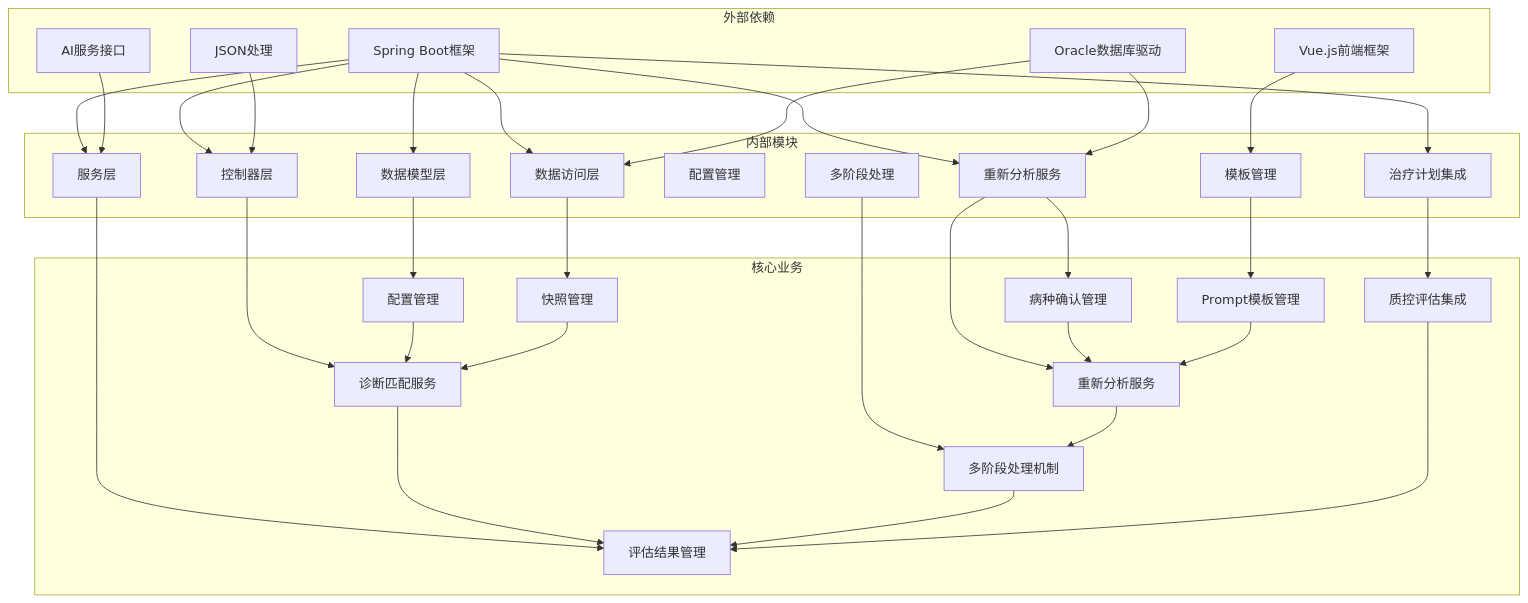
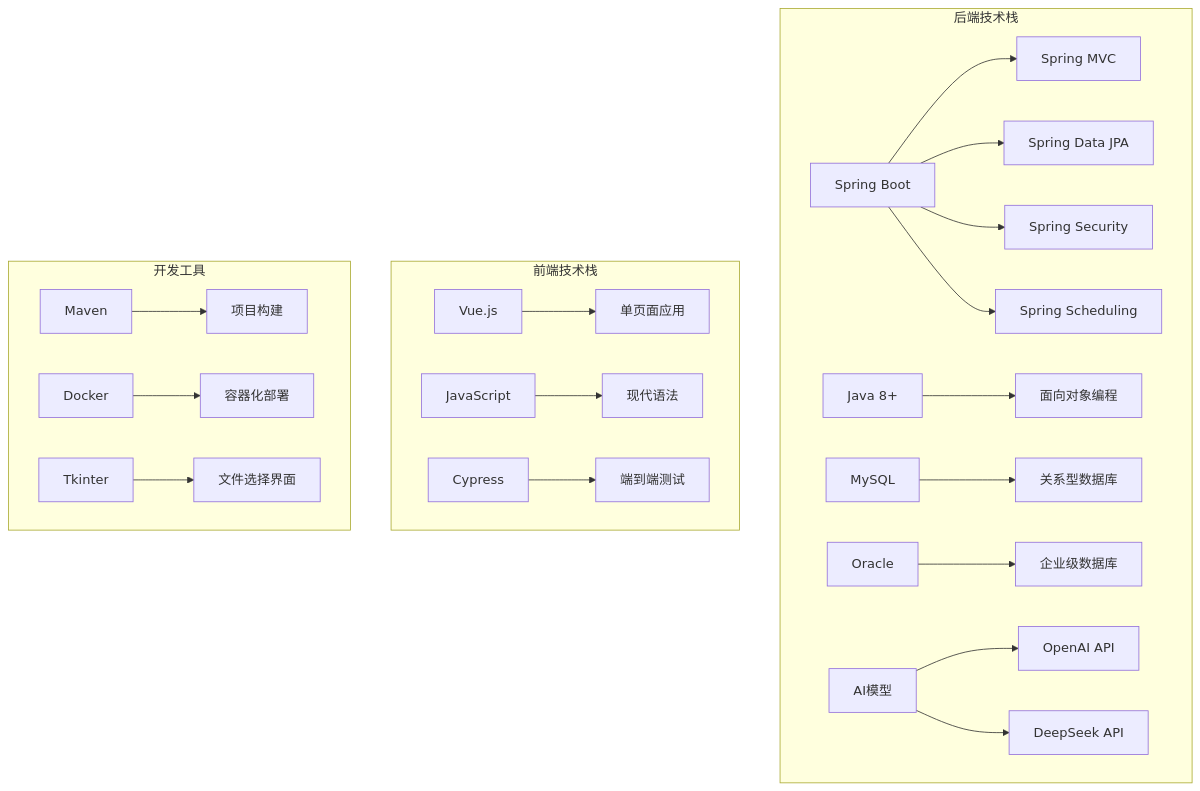
Before and after one commit to liuzh2008/med_ai_assistant_workspace: the sixth of 6 diagrams in .qoder/repowiki/zh/content/QC评估引擎.md, drawn with Mermaid. The commit also changed other lines of this file and 5 other files, not shown here.

````diff
--- a/.qoder/repowiki/zh/content/QC评估引擎.md
+++ b/.qoder/repowiki/zh/content/QC评估引擎.md
@@ -828,60 +319,24 @@
 ```mermaid
 graph TB
-subgraph "外部依赖"
-EXT1[Spring Boot框架]
-EXT2[Oracle数据库驱动]
-EXT3[AI服务接口]
-EXT4[JSON处理]
-EXT5[Vue.js前端框架]
+subgraph "后端技术栈"
+A[Spring Boot] --> B[Spring MVC]
+A --> C[Spring Data JPA]
+A --> D[Spring Security]
+A --> E[Spring Scheduling]
+F[Java 8+] --> G[面向对象编程]
+H[MySQL] --> I[关系型数据库]
+J[Oracle] --> K[企业级数据库]
+L[AI模型] --> M[OpenAI API]
+L --> N[DeepSeek API]
 end
-subgraph "内部模块"
-MOD1[控制器层]
-MOD2[服务层]
-MOD3[数据模型层]
-MOD4[数据访问层]
-MOD5[配置管理]
-MOD6[重新分析服务]
-MOD7[多阶段处理]
-MOD8[治疗计划集成]
-MOD9[模板管理]
+subgraph "前端技术栈"
+O[Vue.js] --> P[单页面应用]
+Q[JavaScript] --> R[现代语法]
+S[Cypress] --> T[端到端测试]
 end
-subgraph "核心业务"
-BUS1[诊断匹配服务]
-BUS2[评估结果管理]
-BUS3[配置管理]
-BUS4[快照管理]
-BUS5[病种确认管理]
-BUS6[重新分析服务]
-BUS7[多阶段处理机制]
-BUS8[质控评估集成]
-BUS9[Prompt模板管理]
+subgraph "开发工具"
+U[Maven] --> V[项目构建]
+W[Docker] --> X[容器化部署]
+Y[Tkinter] --> Z[文件选择界面]
 end
-EXT1 --> MOD1
-EXT1 --> MOD2
-EXT1 --> MOD3
-EXT1 --> MOD4
-EXT1 --> MOD6
-EXT1 --> MOD8
-EXT2 --> MOD4
-EXT2 --> MOD6
-EXT3 --> MOD2
-EXT4 --> MOD1
-EXT5 --> MOD9
-MOD1 --> BUS1
-MOD2 --> BUS2
-MOD3 --> BUS3
-MOD4 --> BUS4
-MOD6 --> BUS5
-MOD6 --> BUS6
-MOD7 --> BUS7
-MOD8 --> BUS8
-MOD9 --> BUS9
-BUS1 --> BUS2
-BUS3 --> BUS1
-BUS4 --> BUS1
-BUS5 --> BUS6
-BUS6 --> BUS7
-BUS7 --> BUS2
-BUS8 --> BUS2
-BUS9 --> BUS6
 ```
````
